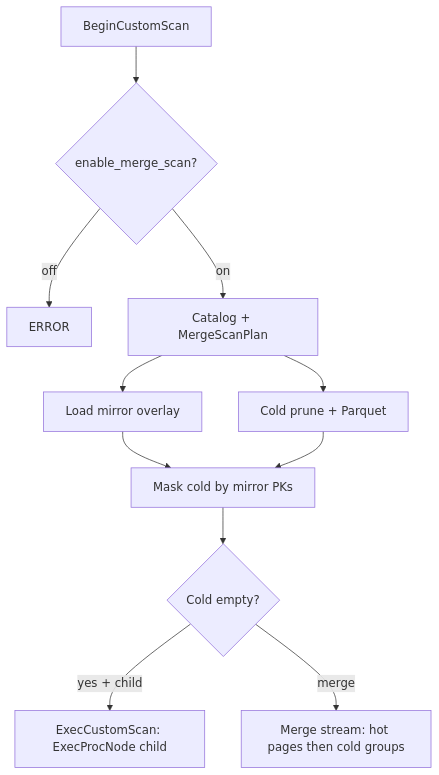
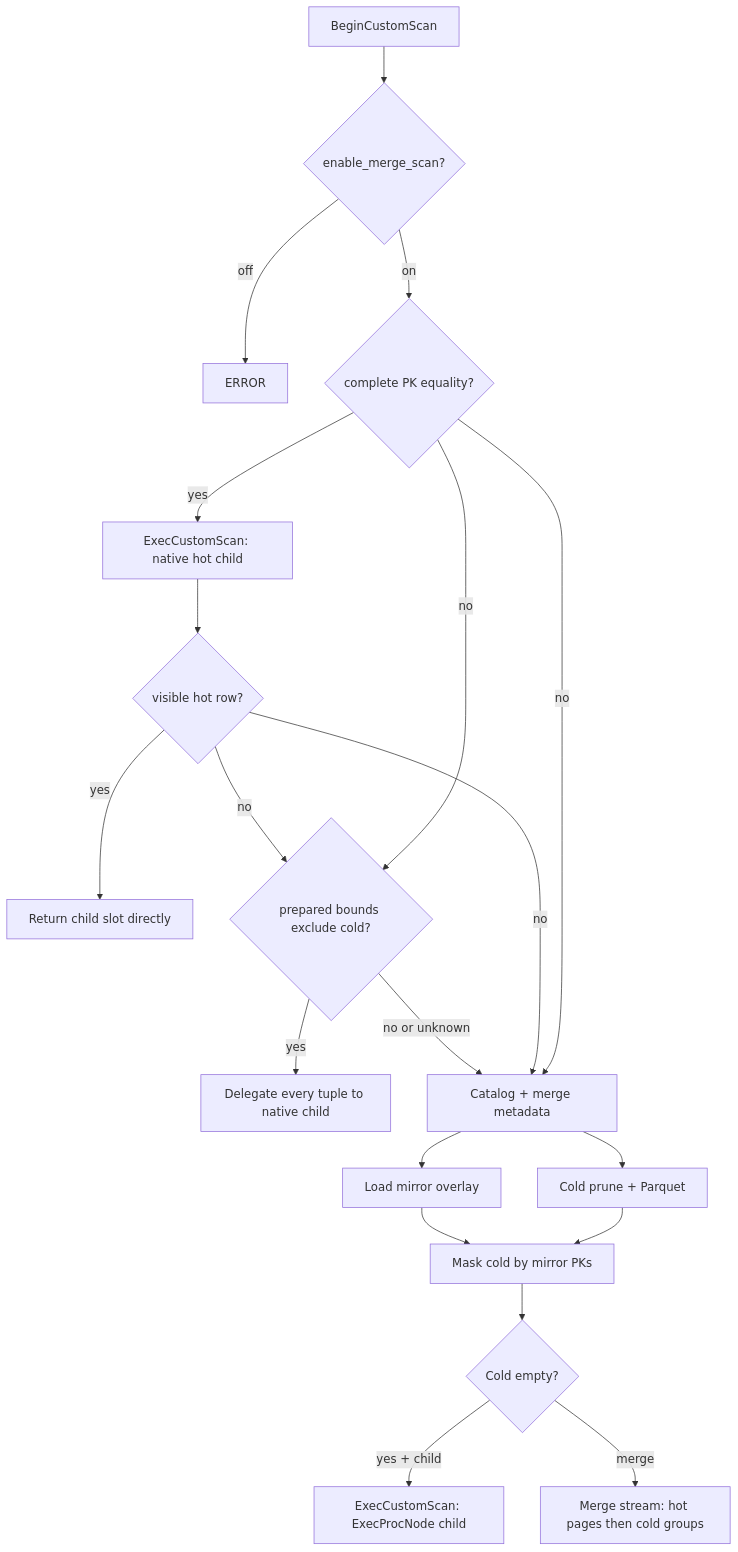
The third of 3 diagrams in docs/architecture/scanning-table.md (kalamdb/koldstore), drawn with Mermaid before and after one commit. The commit also changed other lines of this file and 124 other files, not shown here.

````diff
--- a/docs/architecture/scanning-table.md
+++ b/docs/architecture/scanning-table.md
@@ -159,24 +175,38 @@
 ```mermaid
 flowchart TD
   Begin["BeginCustomScan"]
   Guc{enable_merge_scan?}
   Err[ERROR]
-  Cat[Catalog + MergeScanPlan]
+  Exact{complete PK equality?}
+  Probe["ExecCustomScan: native hot child"]
+  Hit{visible hot row?}
+  Direct["Return child slot directly"]
+  RuntimePrune{prepared bounds exclude cold?}
+  Delegate["Delegate every tuple to native child"]
+  Cat["Catalog + merge metadata"]
   Mirror[Load mirror overlay]
   Cold[Cold prune + Parquet]
   Merge[Mask cold by mirror PKs]
   HotOnly{Cold empty?}
   Stream["ExecCustomScan: ExecProcNode child"]
   StreamEmit["Merge stream: hot pages then cold groups"]
 
   Begin --> Guc
   Guc -->|off| Err
-  Guc -->|on| Cat
+  Guc -->|on| Exact
+  Exact -->|yes| Probe --> Hit
+  Hit -->|yes| Direct
+  Hit -->|no| RuntimePrune
+  Exact -->|no| RuntimePrune
+  RuntimePrune -->|yes| Delegate
+  RuntimePrune -->|no or unknown| Cat
+  Hit -->|no| Cat
+  Exact -->|no| Cat
   Cat --> Mirror
   Cat --> Cold
   Mirror --> Merge
   Cold --> Merge
   Merge --> HotOnly
   HotOnly -->|yes + child| Stream
   HotOnly -->|merge| StreamEmit
 ```
````
